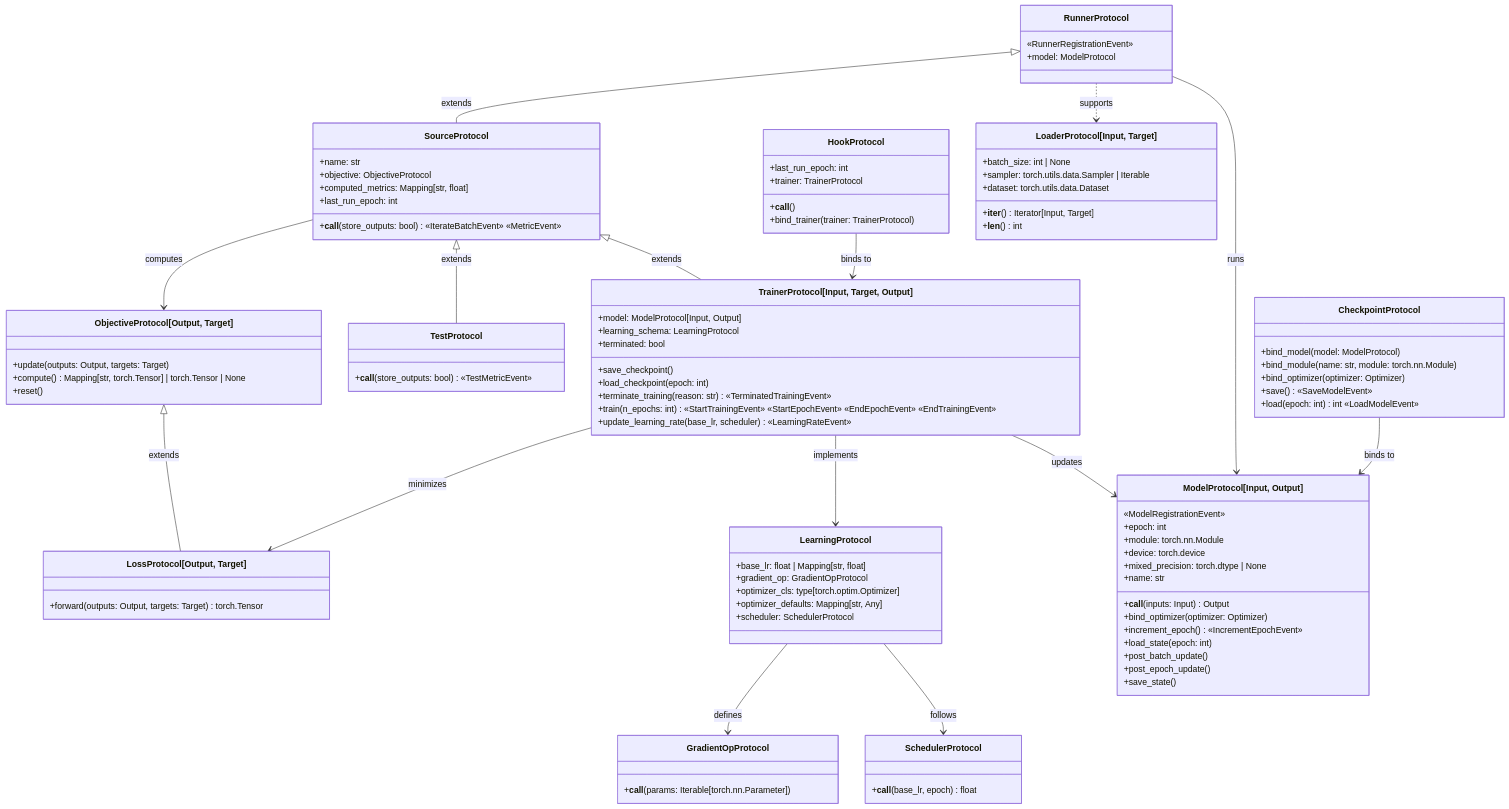
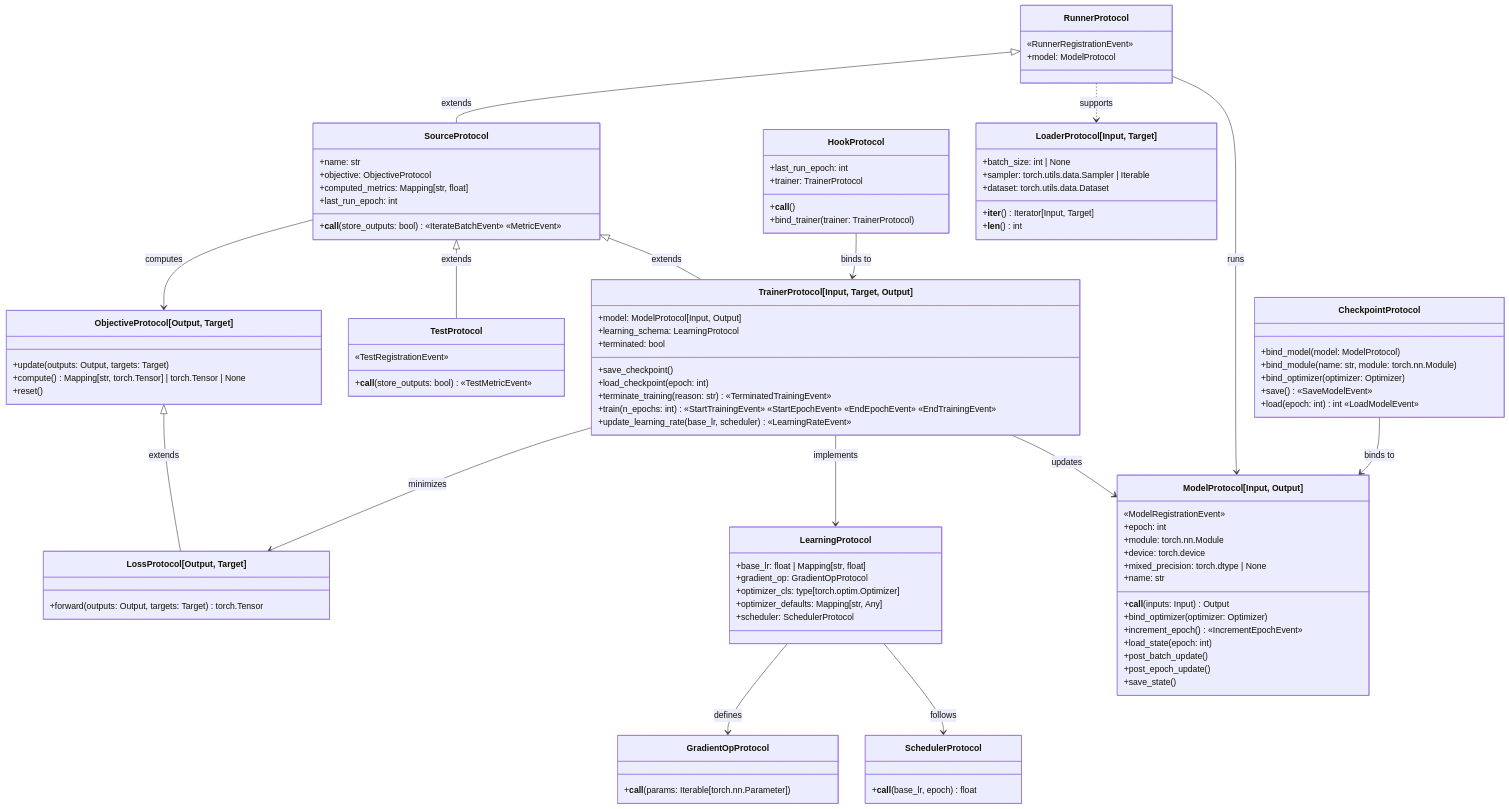
Before and after one commit to nverchev/drytorch: the diagram in docs/protocols.md, drawn with Mermaid. The commit also changed 29 other files, not shown here.

```diff
--- a/docs/protocols.md
+++ b/docs/protocols.md
@@ -59,6 +59,7 @@
 
 
     class TestProtocol {
+        «TestRegistrationEvent»
         +__call__(store_outputs: bool) «TestMetricEvent»
     }
 
```
